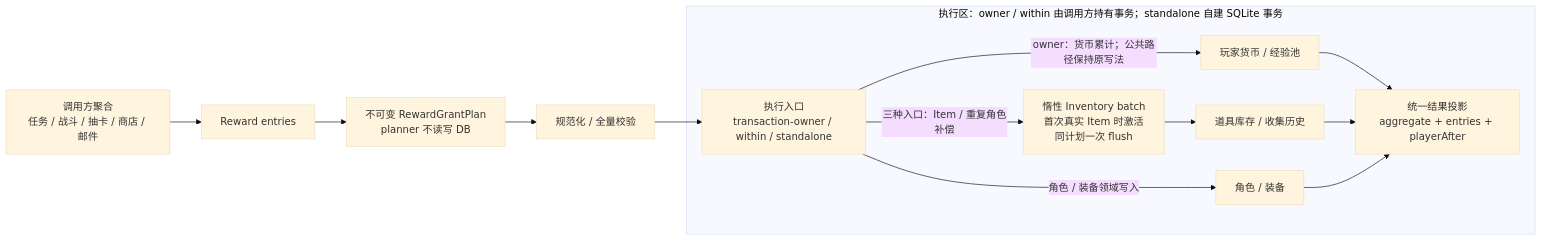
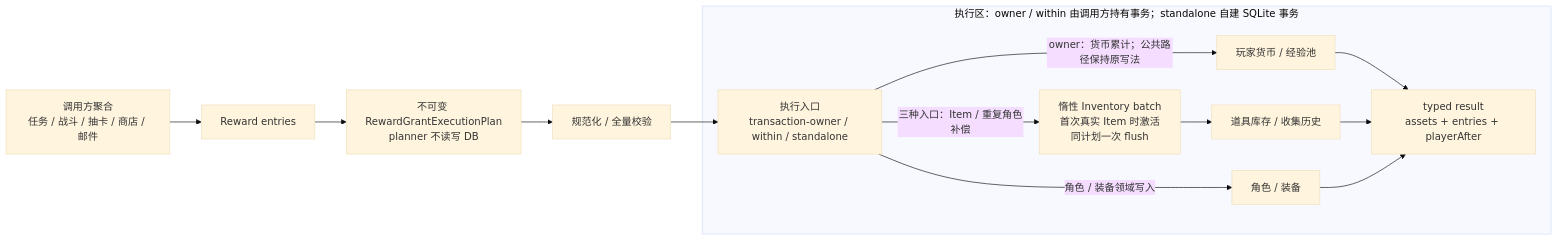
The first of 2 diagrams in docs/architecture/rewards-and-growth.md (DontBeAlarmed/startpoint-cn), drawn with Mermaid (base theme) before and after one commit. The commit also changed other lines of this file and 38 other files, not shown here.

Commit message:
refactor(reward): remove legacy grant core

````diff
--- a/docs/architecture/rewards-and-growth.md
+++ b/docs/architecture/rewards-and-growth.md
@@ -7,28 +7,28 @@
 ```mermaid
 flowchart LR
     CALLERS["调用方聚合<br/>任务 / 战斗 / 抽卡 / 商店 / 邮件"]
     ENTRIES["Reward entries"]
-    PLAN["不可变 RewardGrantPlan<br/>planner 不读写 DB"]
+    PLAN["不可变 RewardGrantExecutionPlan<br/>planner 不读写 DB"]
     VALIDATE["规范化 / 全量校验"]
 
     subgraph EXECUTION["执行区：owner / within 由调用方持有事务；standalone 自建 SQLite 事务"]
         ENTRY["执行入口<br/>transaction-owner / within / standalone"]
         BATCH["惰性 Inventory batch<br/>首次真实 Item 时激活<br/>同计划一次 flush"]
         CURRENCY["玩家货币 / 经验池"]
         ITEMS["道具库存 / 收集历史"]
         OWNED["角色 / 装备"]
-        PROJECTION["统一结果投影<br/>aggregate + entries + playerAfter"]
+        PROJECTION["typed result<br/>assets + entries + playerAfter"]
     end
 
     CALLERS --> ENTRIES
     ENTRIES --> PLAN
     PLAN --> VALIDATE
     VALIDATE --> ENTRY
     ENTRY -->|"owner：货币累计；公共路径保持原写法"| CURRENCY
     ENTRY -->|"三种入口：Item / 重复角色补偿"| BATCH
     ENTRY -->|"角色 / 装备领域写入"| OWNED
     BATCH --> ITEMS
     CURRENCY --> PROJECTION
     ITEMS --> PROJECTION
     OWNED --> PROJECTION
 ```
````
